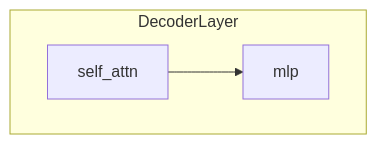
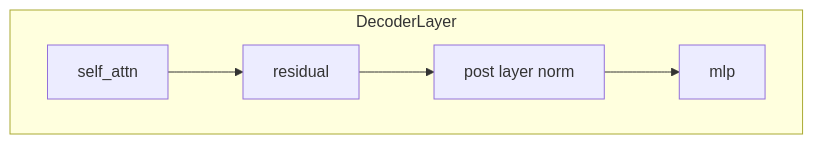
One commit to yynil/RWKVinLLAMA changed the second of 3 diagrams in Flowchart.md. Above: the diagram before and after it, drawn with Mermaid.

Commit message:
add more details

````diff
--- a/Flowchart.md
+++ b/Flowchart.md
@@ -66,6 +66,9 @@
 ```mermaid
 flowchart TD
     subgraph DecoderLayer
-        A[self_attn] --> B[mlp]
+        A["self_attn"] 
+        A-->C["residual"]
+        C-->D["post layer norm"]
+        D-->B["mlp"]
     end
 ```
````
